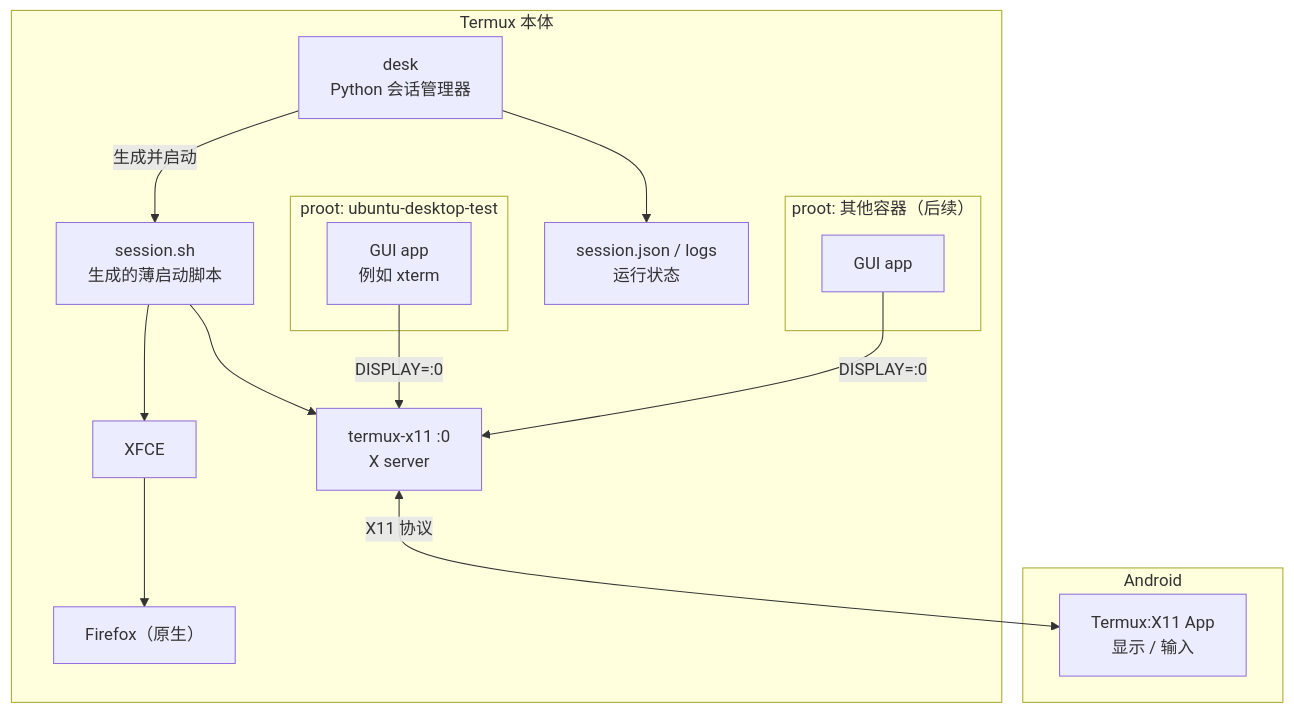
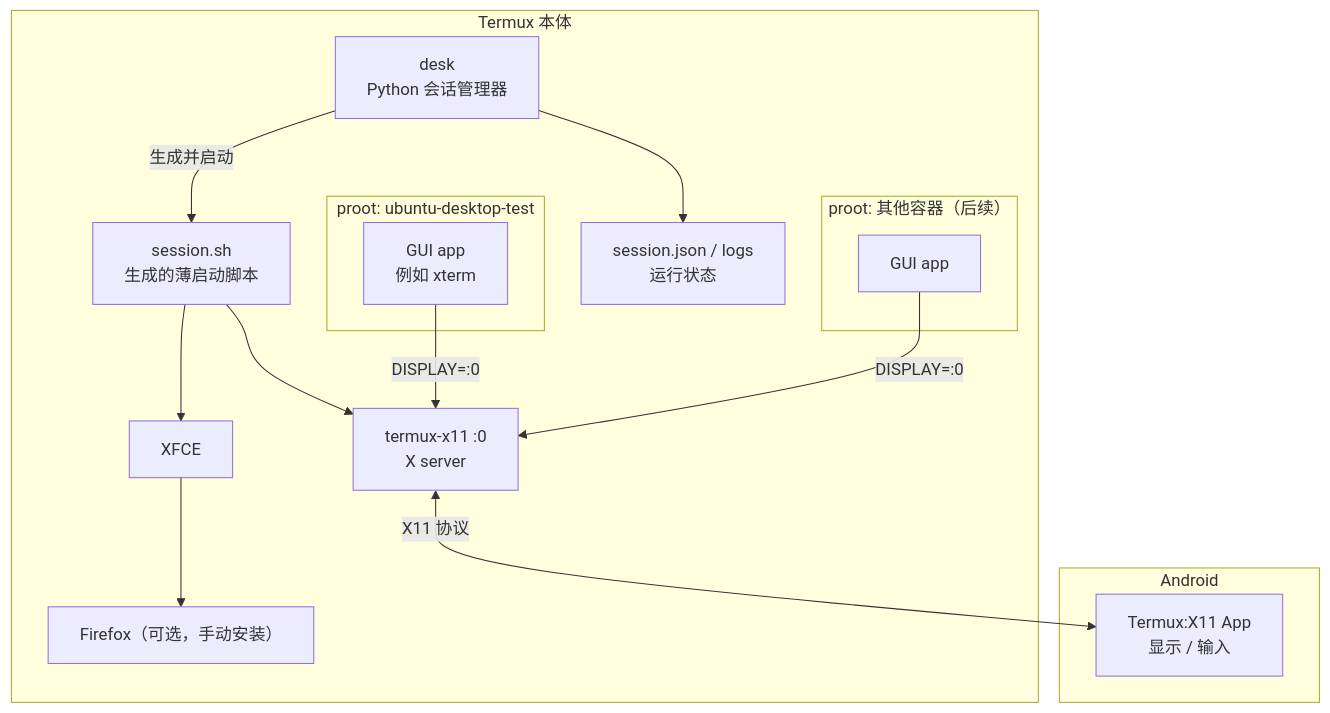
The first of 4 diagrams in docs/architecture.md (jerrychan7/termux-desktop), drawn with Mermaid before and after one commit. The commit also changed other lines of this file and 8 other files, not shown here.

````diff
--- a/docs/architecture.md
+++ b/docs/architecture.md
@@ -17,33 +17,33 @@
 ```mermaid
 flowchart TB
   subgraph Android["Android"]
     XApp["Termux:X11 App<br/>显示 / 输入"]
   end
 
   subgraph Host["Termux 本体"]
     Desk["desk<br/>Python 会话管理器"]
     Session["session.sh<br/>生成的薄启动脚本"]
     X["termux-x11 :0<br/>X server"]
     WM["XFCE"]
-    FF["Firefox（原生）"]
+    FF["Firefox（可选，手动安装）"]
 
     subgraph C1["proot: ubuntu-desktop-test"]
       App1["GUI app<br/>例如 xterm"]
     end
 
     subgraph C2["proot: 其他容器（后续）"]
       App2["GUI app"]
     end
 
     State["session.json / logs<br/>运行状态"]
   end
 
   Desk -->|生成并启动| Session
   Session --> X
   Session --> WM
   Desk --> State
   X <-->|X11 协议| XApp
   WM --> FF
   App1 -->|"DISPLAY=:0"| X
   App2 -->|"DISPLAY=:0"| X
 ```
````
